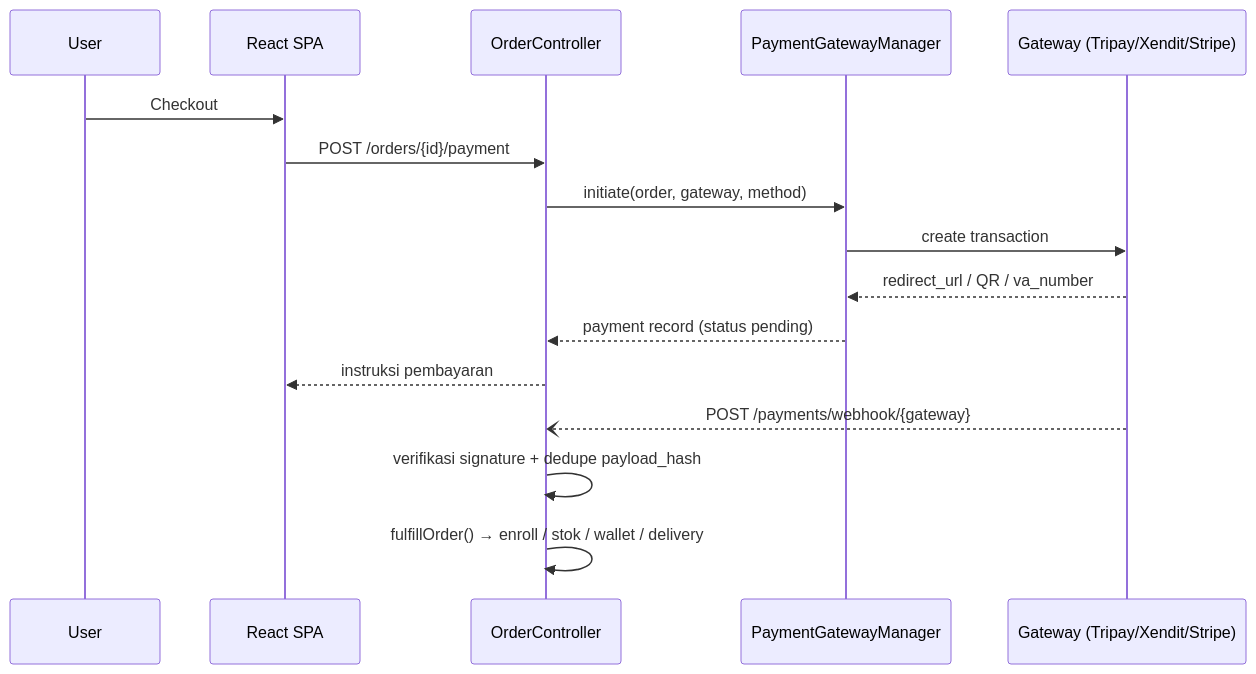
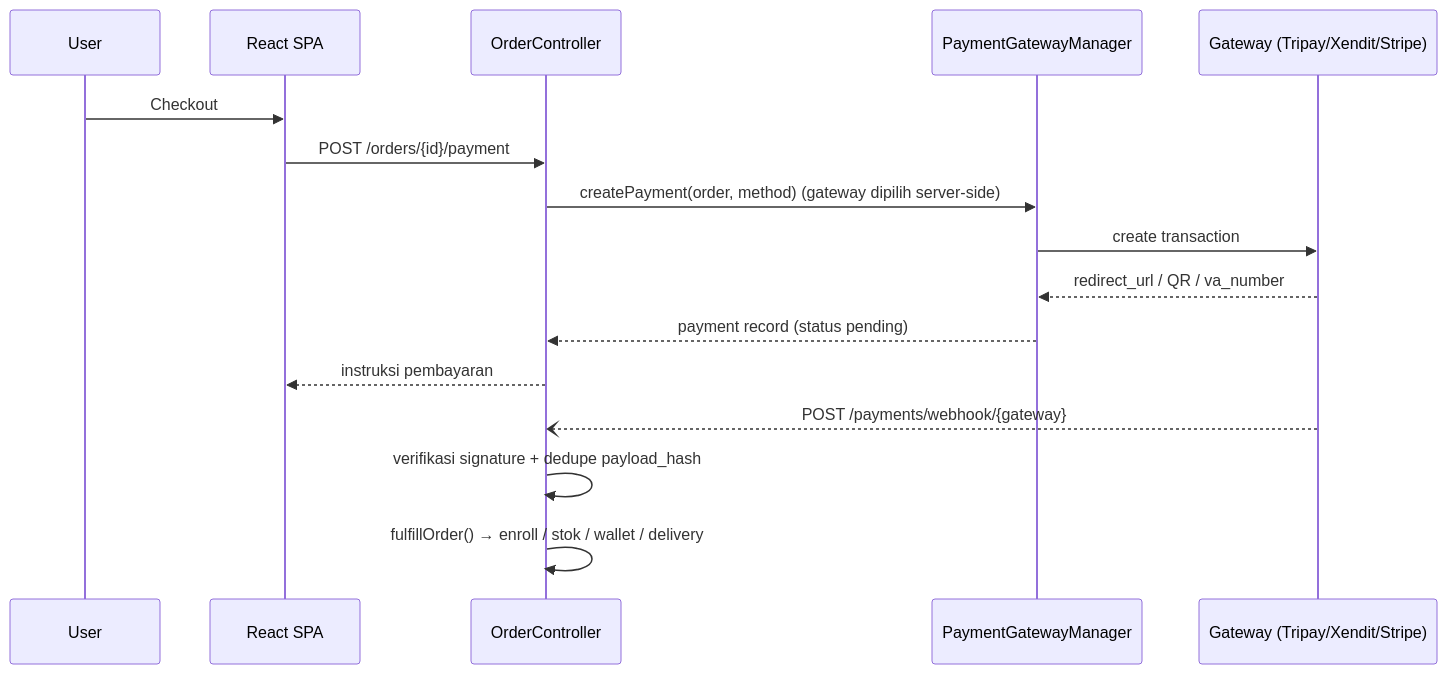
Before and after one commit to kmsitcomputer/kmsit: the second of 2 diagrams in docs/blueprint.md, drawn with Mermaid. The commit also changed other lines of this file and 2 other files, not shown here.

First line of the commit message:
docs: sinkronkan README, architecture, dan blueprint dengan fitur/perbaikan terbaru

````diff
--- a/docs/blueprint.md
+++ b/docs/blueprint.md
@@ -428,18 +456,18 @@
 ```mermaid
 sequenceDiagram
   participant U as User
   participant FE as React SPA
   participant API as OrderController
   participant PGM as PaymentGatewayManager
   participant GW as Gateway (Tripay/Xendit/Stripe)
   U->>FE: Checkout
   FE->>API: POST /orders/{id}/payment
-  API->>PGM: initiate(order, gateway, method)
+  API->>PGM: createPayment(order, method)  (gateway dipilih server-side)
   PGM->>GW: create transaction
   GW-->>PGM: redirect_url / QR / va_number
   PGM-->>API: payment record (status pending)
   API-->>FE: instruksi pembayaran
   GW--)API: POST /payments/webhook/{gateway}
   API->>API: verifikasi signature + dedupe payload_hash
   API->>API: fulfillOrder() → enroll / stok / wallet / delivery
 ```
````
